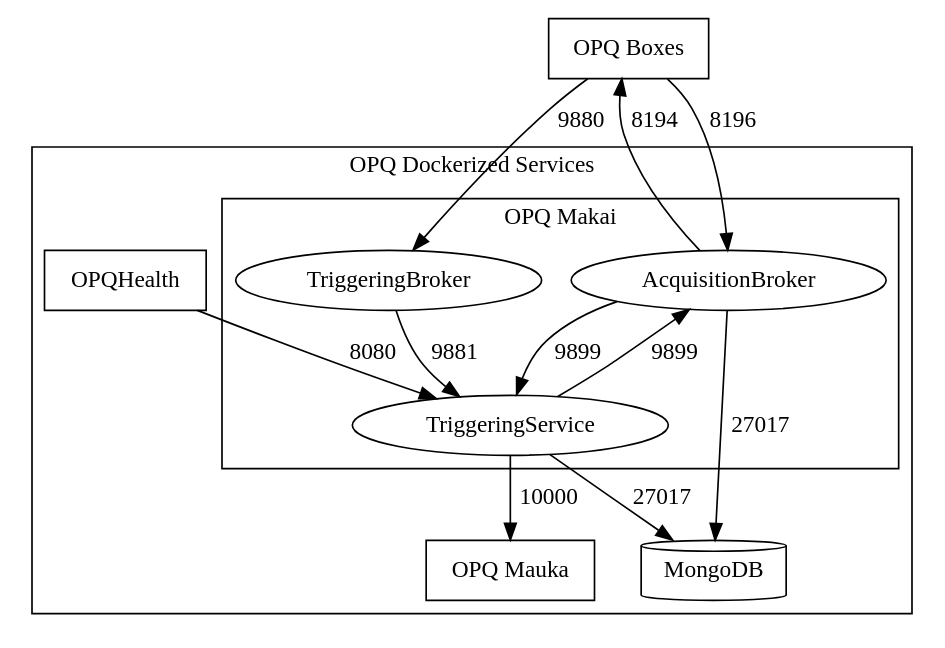
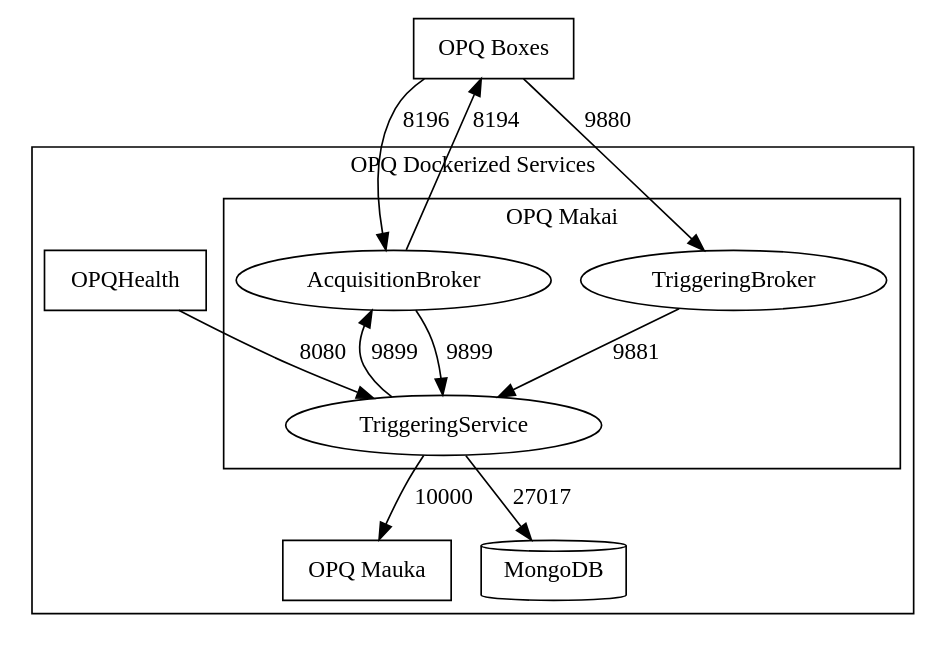
The diagram in makai/makai.dot (openpowerquality/opq), drawn with Graphviz before and after one commit. The commit also changed 1 other file, not shown here.

Commit message:
Update diagrams

```diff
--- a/makai/makai.dot
+++ b/makai/makai.dot
@@ -1,31 +1,30 @@
 digraph makai {
     OPQBoxes[shape="box", label="OPQ Boxes"]
 
     subgraph cluster_opq {
         label = "OPQ Dockerized Services"
         OPQMauka[shape=box, label="OPQ Mauka"]
         MongoDB[shape=cylinder]
         OPQHealth[shape=box]
 
         subgraph cluster_makai {
             label = "OPQ Makai";
             AcquisitionBroker
             TriggeringBroker
             TriggeringService
         }
     }
 
     OPQBoxes -> AcquisitionBroker [label=8196]
     AcquisitionBroker -> OPQBoxes [label=8194]
     AcquisitionBroker -> TriggeringService [label=9899]
-    AcquisitionBroker -> MongoDB [label=27017]
 
     TriggeringService -> OPQMauka [label=10000]
     TriggeringService -> MongoDB [label=27017]
     TriggeringService -> AcquisitionBroker [label=9899]
 
     OPQBoxes -> TriggeringBroker [label=9880]
     TriggeringBroker -> TriggeringService [label=9881]
 
     OPQHealth -> TriggeringService [label=8080]
 }
```
